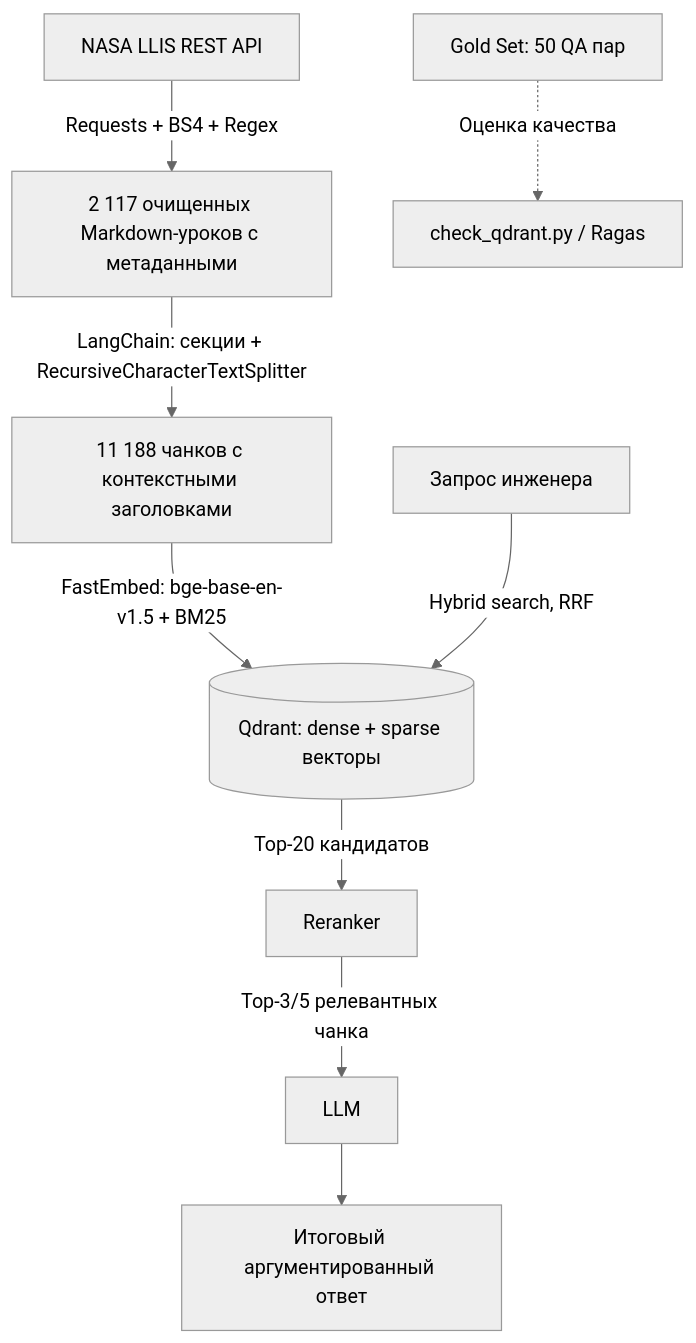
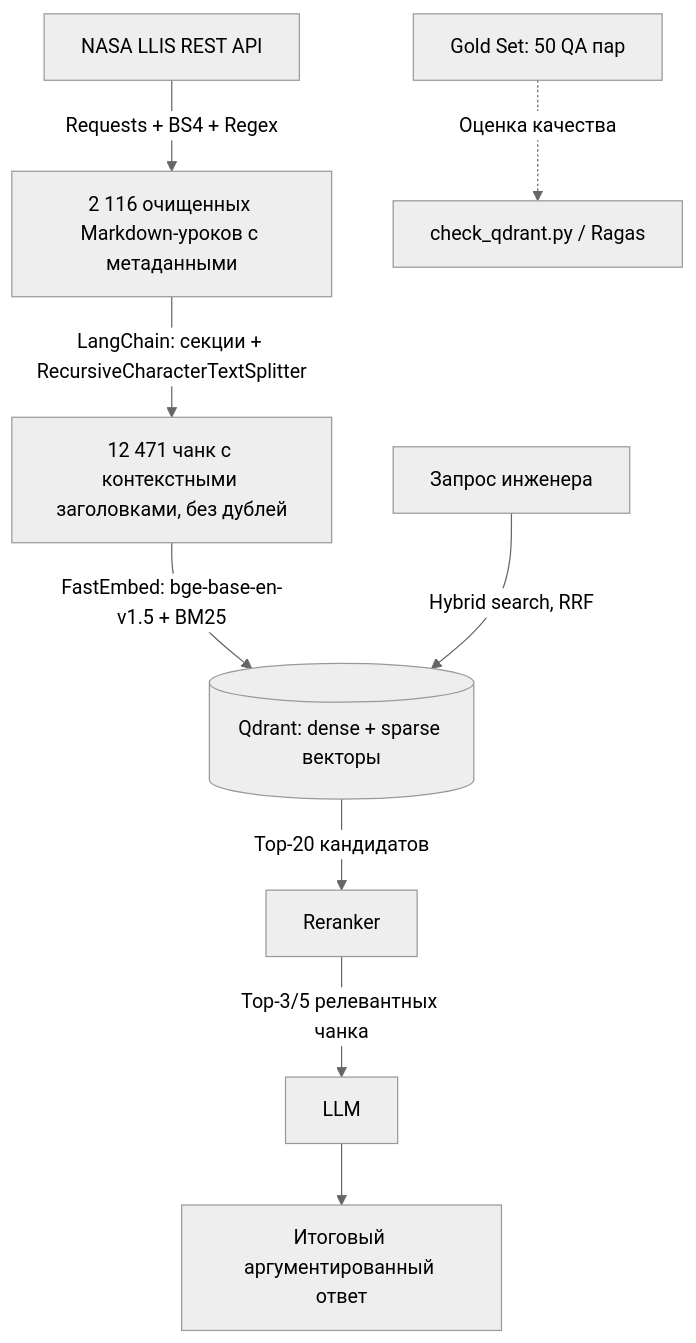
The diagram in README.md (ArtemBerdnikov3234/Houston), drawn with Mermaid (neutral theme) before and after one commit. The commit also changed other lines of this file and 20 other files, not shown here.

````diff
--- a/README.md
+++ b/README.md
@@ -25,11 +70,11 @@
 ```mermaid
 flowchart TD
-    A[NASA LLIS REST API] -->|Requests + BS4 + Regex| B[2 117 очищенных Markdown-уроков с метаданными]
-    B -->|LangChain: секции + RecursiveCharacterTextSplitter| C[11 188 чанков с контекстными заголовками]
+    A[NASA LLIS REST API] -->|Requests + BS4 + Regex| B[2 116 очищенных Markdown-уроков с метаданными]
+    B -->|LangChain: секции + RecursiveCharacterTextSplitter| C[12 471 чанк с контекстными заголовками, без дублей]
     C -->|FastEmbed: bge-base-en-v1.5 + BM25| D[(Qdrant: dense + sparse векторы)]
     E[Запрос инженера] -->|Hybrid search, RRF| D
     D -->|Top-20 кандидатов| F[Reranker]
     F -->|Top-3/5 релевантных чанка| G[LLM]
     G --> H[Итоговый аргументированный ответ]
     I[Gold Set: 50 QA пар] -.->|Оценка качества| J[check_qdrant.py / Ragas]
 ```
````
